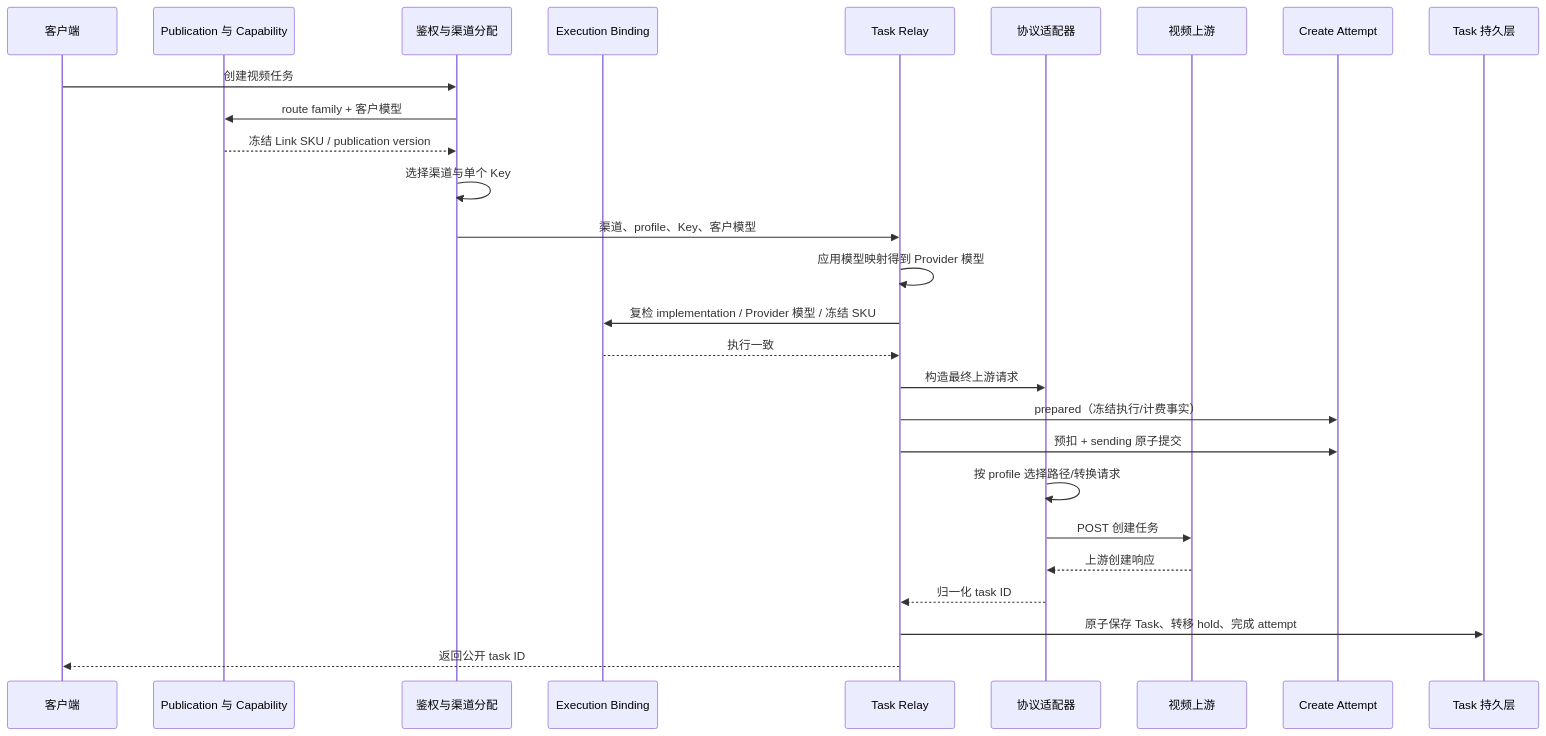
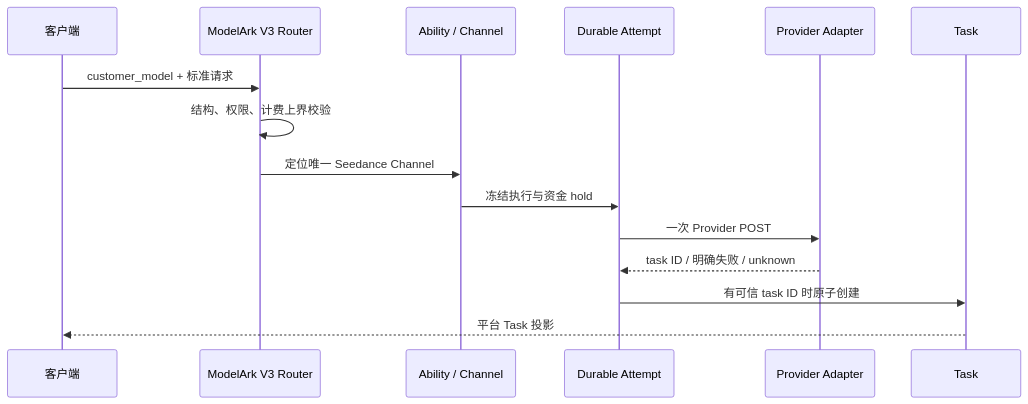
The diagram in docs/20-architecture/Link视频服务合同与异步任务架构.md (wuqiang44444444/new-api), drawn with Mermaid before and after one commit. The commit also changed other lines of this file and 62 other files, not shown here.

First line of the commit message:
feat(mediaimage): implement media image task protocol with create and poll functionalities

````diff
--- a/docs/20-architecture/Link视频服务合同与异步任务架构.md
+++ b/docs/20-architecture/Link视频服务合同与异步任务架构.md
@@ -344,30 +61,18 @@
 ```mermaid
 sequenceDiagram
     participant C as 客户端
-    participant P as Publication 与 Capability
-    participant D as 鉴权与渠道分配
-    participant B as Execution Binding
-    participant R as Task Relay
-    participant A as 协议适配器
-    participant U as 视频上游
-    participant J as Create Attempt
-    participant T as Task 持久层
+    participant R as ModelArk V3 Router
+    participant A as Ability / Channel
+    participant D as Durable Attempt
+    participant U as Provider Adapter
+    participant T as Task
 
-    C->>D: 创建视频任务
-    D->>P: route family + 客户模型
-    P-->>D: 冻结 Link SKU / publication version
-    D->>D: 选择渠道与单个 Key
-    D->>R: 渠道、profile、Key、客户模型
-    R->>R: 应用模型映射得到 Provider 模型
-    R->>B: 复检 implementation / Provider 模型 / 冻结 SKU
-    B-->>R: 执行一致
-    R->>A: 构造最终上游请求
-    R->>J: prepared（冻结执行/计费事实）
-    R->>J: 预扣 + sending 原子提交
-    A->>A: 按 profile 选择路径/转换请求
-    A->>U: POST 创建任务
-    U-->>A: 上游创建响应
-    A-->>R: 归一化 task ID
-    R->>T: 原子保存 Task、转移 hold、完成 attempt
-    R-->>C: 返回公开 task ID
+    C->>R: customer_model + 标准请求
+    R->>R: 结构、权限、计费上界校验
+    R->>A: 定位唯一 Seedance Channel
+    A->>D: 冻结执行与资金 hold
+    D->>U: 一次 Provider POST
+    U-->>D: task ID / 明确失败 / unknown
+    D->>T: 有可信 task ID 时原子创建
+    T-->>C: 平台 Task 投影
 ```
````
